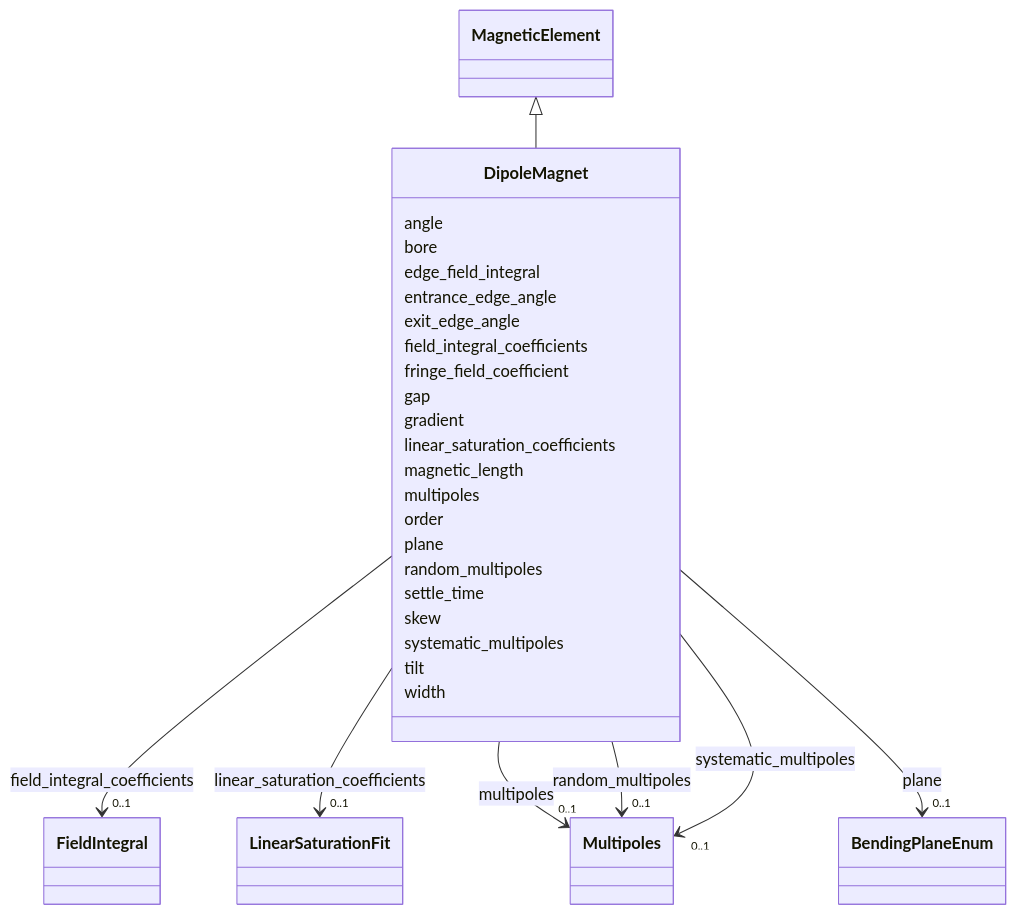
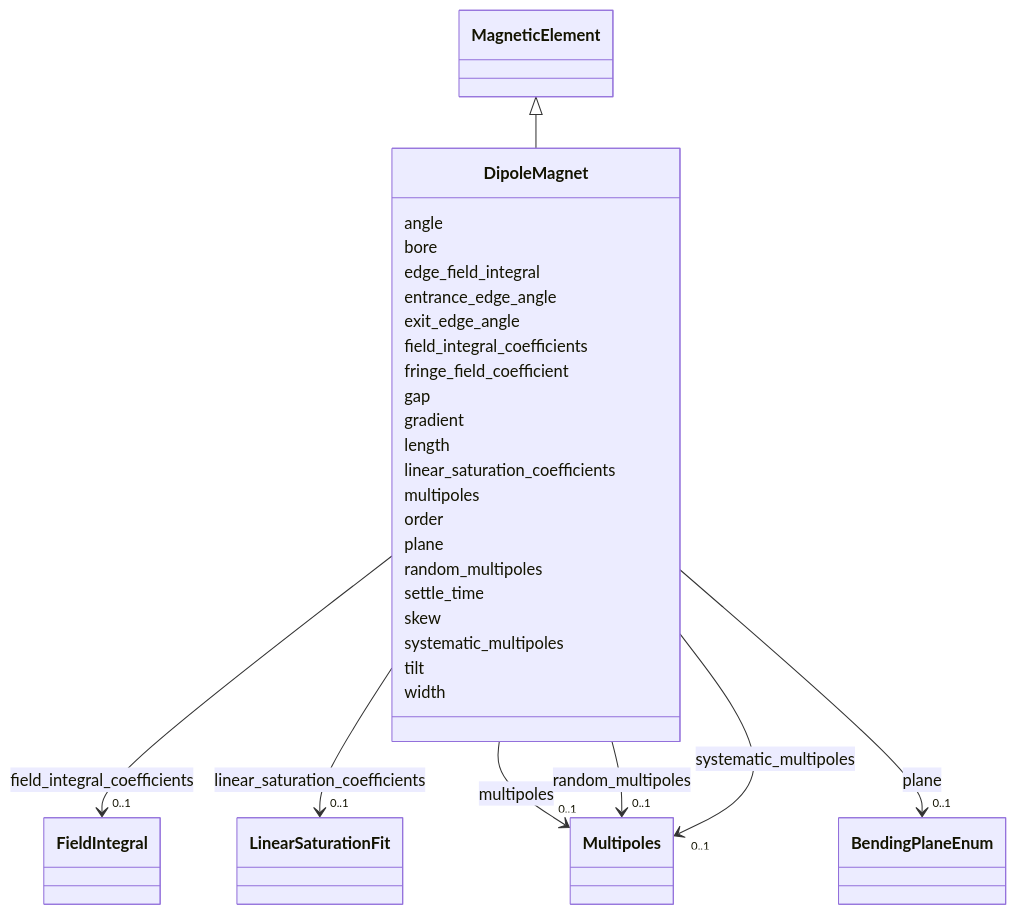
Before and after one commit to astec-stfc/laura: the diagram in docs/source/schema/DipoleMagnet.md, drawn with Mermaid. The commit also changed other lines of this file and 47 other files, not shown here.

First line of the commit message:
Make functional parameters a schema concept; complete PR #4 merge

```diff
--- a/docs/source/schema/DipoleMagnet.md
+++ b/docs/source/schema/DipoleMagnet.md
@@ -49,6 +49,8 @@
         
       DipoleMagnet : gradient
         
+      DipoleMagnet : length
+        
       DipoleMagnet : linear_saturation_coefficients
         
           
@@ -59,8 +61,6 @@
         click LinearSaturationFit href "../LinearSaturationFit/"
     
 
-        
-      DipoleMagnet : magnetic_length
         
       DipoleMagnet : multipoles
         
```
